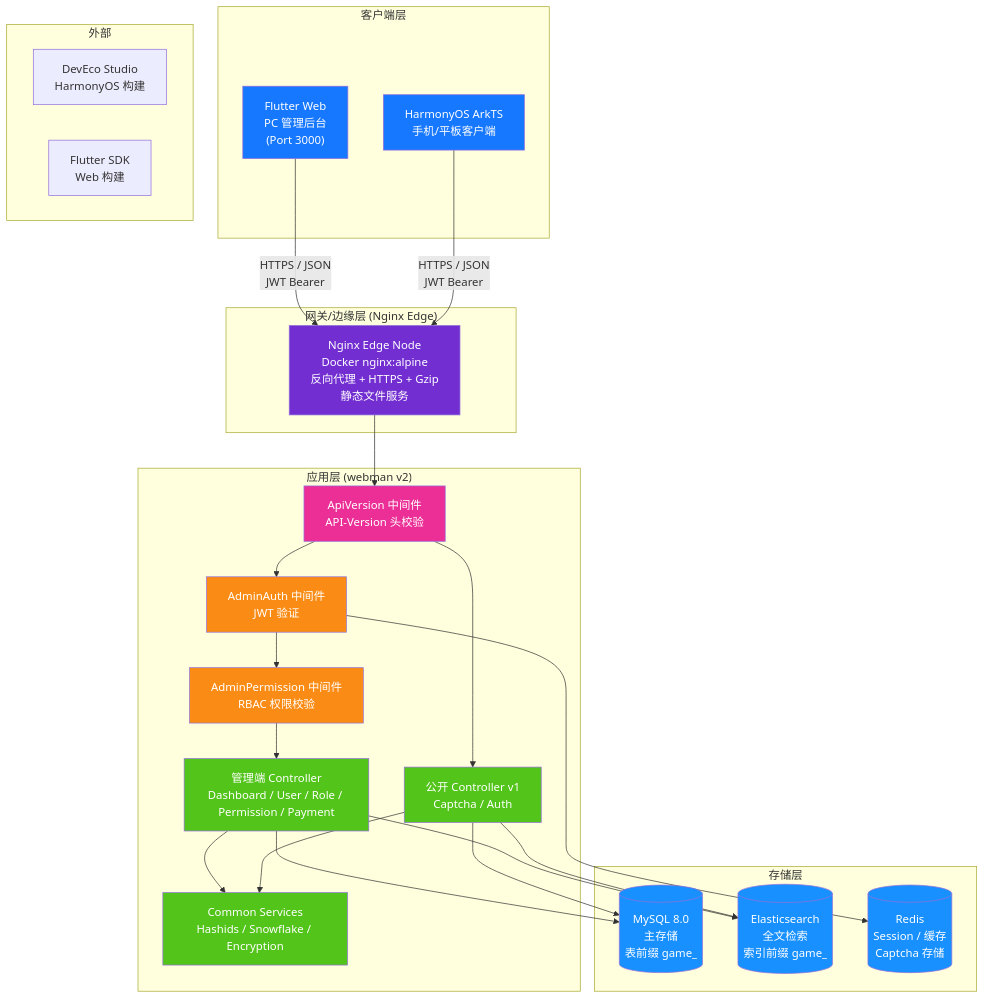
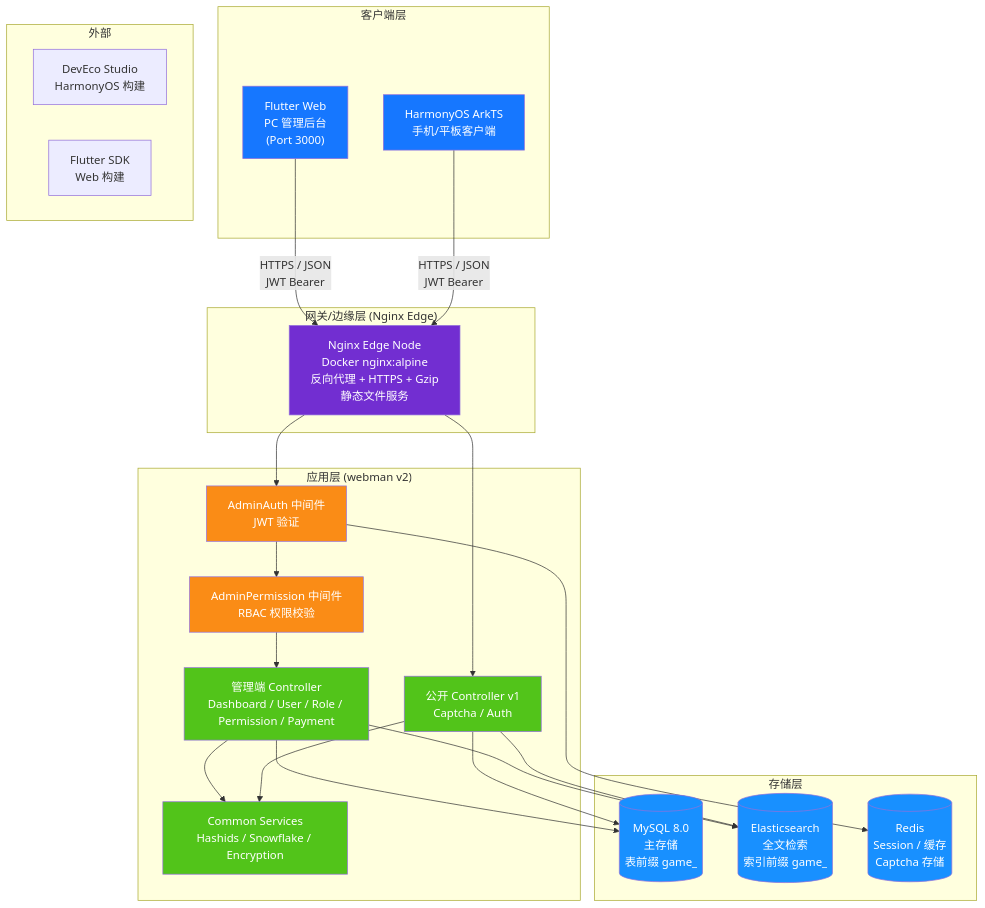
One commit to erikwang2013/game-platform-php changed the first of 14 diagrams in admin/docs/ARCHITECTURE.bn.md. Above: the diagram before and after it, drawn with Mermaid. The commit also changed other lines of this file and 93 other files, not shown here.

````diff
--- a/admin/docs/ARCHITECTURE.bn.md
+++ b/admin/docs/ARCHITECTURE.bn.md
@@ -15,59 +15,56 @@
 ```mermaid
 flowchart TB
     subgraph "客户端层"
         A1["Flutter Web<br/>PC 管理后台<br/>(Port 3000)"]
         A2["HarmonyOS ArkTS<br/>手机/平板客户端"]
     end
 
     subgraph "网关/边缘层 (Nginx Edge)"
         B1["Nginx Edge Node<br/>Docker nginx:alpine<br/>反向代理 + HTTPS + Gzip<br/>静态文件服务"]
     end
 
     subgraph "应用层 (webman v2)"
-        C0["ApiVersion 中间件<br/>API-Version 头校验"]
         C1["AdminAuth 中间件<br/>JWT 验证"]
         C2["AdminPermission 中间件<br/>RBAC 权限校验"]
         C3["管理端 Controller<br/>Dashboard / User / Role / Permission / Payment"]
         C4["公开 Controller v1<br/>Captcha / Auth"]
         C5["Common Services<br/>Hashids / Snowflake / Encryption"]
     end
 
     subgraph "存储层"
         D1[("MySQL 8.0<br/>主存储<br/>表前缀 game_")]
         D2[("Elasticsearch<br/>全文检索<br/>索引前缀 game_")]
         D3[("Redis<br/>Session / 缓存<br/>Captcha 存储")]
     end
 
     subgraph "外部"
         E1["DevEco Studio<br/>HarmonyOS 构建"]
         E2["Flutter SDK<br/>Web 构建"]
     end
 
     A1 -->|"HTTPS / JSON<br/>JWT Bearer"| B1
     A2 -->|"HTTPS / JSON<br/>JWT Bearer"| B1
-    B1 --> C0
-    C0 --> C1
+    B1 --> C1
     C1 --> C2
     C2 --> C3
-    C0 --> C4
+    B1 --> C4
     C3 --> C5
     C4 --> C5
     C3 --> D1
     C4 --> D1
     C3 --> D2
     C4 --> D2
     C1 --> D3
 
     style A1 fill:#1677FF,color:#fff
     style A2 fill:#1677FF,color:#fff
     style B1 fill:#722ED1,color:#fff
-    style C0 fill:#EB2F96,color:#fff
     style C1 fill:#FA8C16,color:#fff
     style C2 fill:#FA8C16,color:#fff
     style C3 fill:#52C41A,color:#fff
     style C4 fill:#52C41A,color:#fff
     style C5 fill:#52C41A,color:#fff
     style D1 fill:#1890FF,color:#fff
     style D2 fill:#1890FF,color:#fff
     style D3 fill:#1890FF,color:#fff
 ```
````
